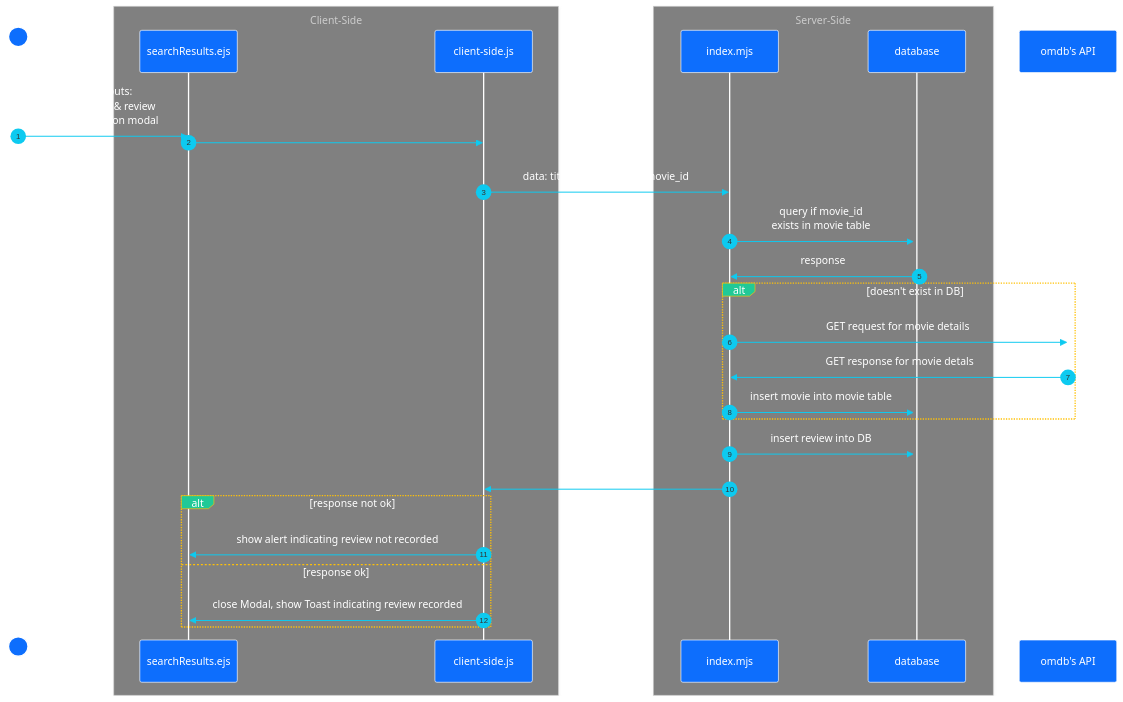
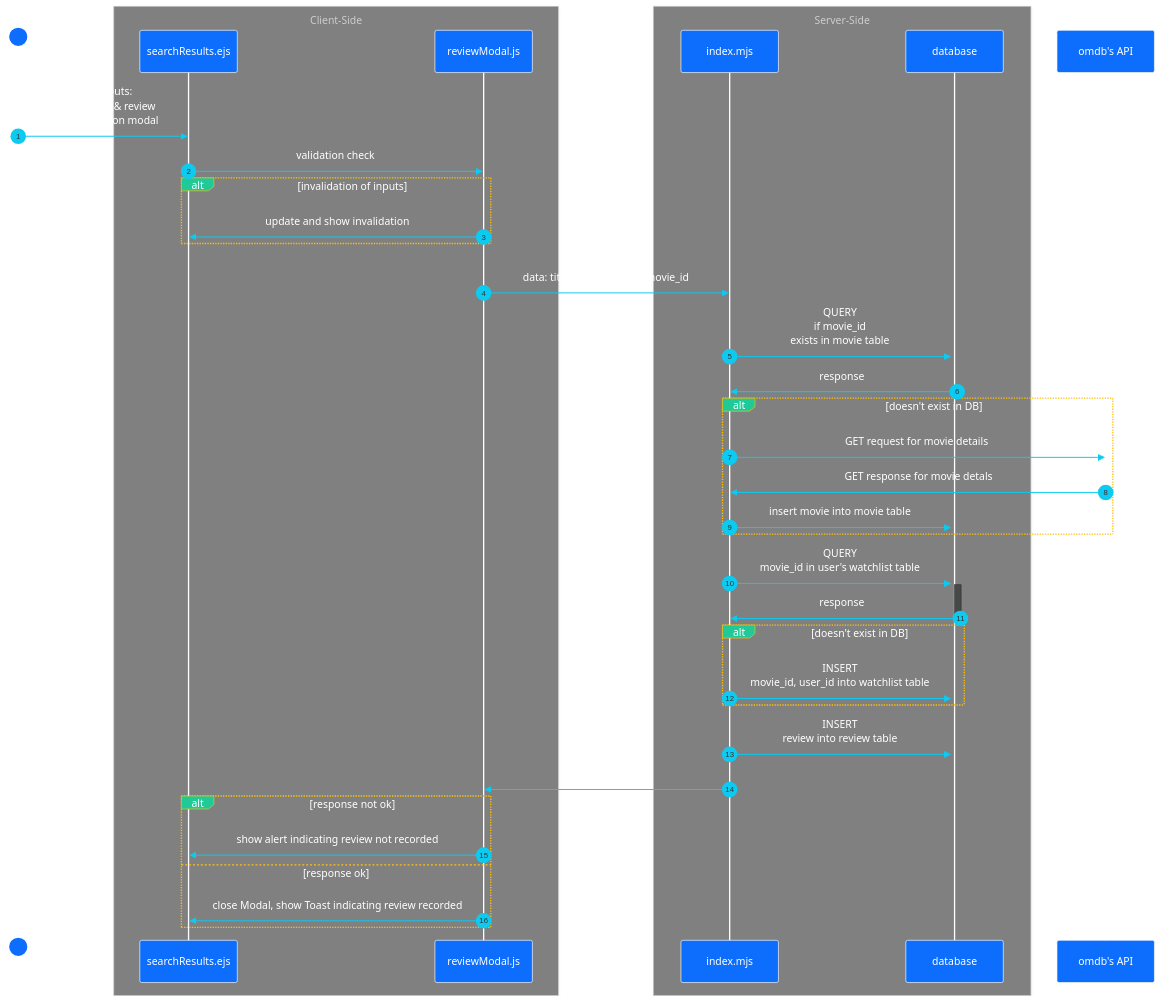
Before and after one commit to cTangonan123/rotten-potatoes: the fifth of 8 diagrams in docs/plan/diagrams/state.md, drawn with Mermaid. The commit also changed other lines of this file and 4 other files, not shown here.

````diff
--- a/docs/plan/diagrams/state.md
+++ b/docs/plan/diagrams/state.md
@@ -214,57 +214,66 @@
 ```mermaid
 ---
 config:
   theme: neo-dark
   themeVariables:
     actorBkg: "#0d6efd"
     actorBorder: white
     actorTextColor: white
     primaryColor: "#0d6efd"
     signalColor: "#0dcaf0"
     #sequenceNumberColor: "#0dcaf0"
     signalTextColor: white
     labelBoxBkgColor: "#20c997"
     labelBoxBorderColor: "#ffc107"
     labelTextColor: white
     loopTextColor: white   
 ---
 
 sequenceDiagram
   actor U as User
   #participant altV as movieDescription.ejs
   participant V as searchResults.ejs
-  participant cJS as client-side.js
+  participant cJS as reviewModal.js
   participant SS as index.mjs
   participant DB as database
   participant API as omdb's API
   autonumber
   U ->> V: User inputs:<br>title & rating & review<br>clicks submit on modal
-  V->>cJS: 
+  V->>cJS: validation check
+  alt invalidation of inputs
+    cJS->>V: update and show invalidation
+  end
   cJS ->> SS: POST Request<br>data: title, rating, review, movie_id
-  SS ->>+ DB: query if movie_id<br> exists in movie table
+  SS ->>+ DB: QUERY<br> if movie_id<br> exists in movie table
   DB ->> SS: response
   alt doesn't exist in DB
     SS->>API: GET request for movie details
     API->>SS: GET response for movie detals
     SS->>DB: insert movie into movie table
   end
-  SS->>DB: insert review into DB
+  SS ->>+ DB: QUERY<br>movie_id in user's watchlist table
+  DB ->>- SS: response
+  alt doesn't exist in DB
+    SS ->> DB: INSERT<br>movie_id, user_id into watchlist table
+    
+  end
+  SS->>DB: INSERT<br> review into review table
   SS->>cJS: POST Response
   alt response not ok
     cJS->>V: show alert indicating review not recorded
   else response ok
     cJS->>V: close Modal, show Toast indicating review recorded
   end
 
   links SS: {"Dashboard": "https://dashboard.contoso.com/alice", "document": "/index.mjs"}
 
   box grey Client-Side
     #participant altV
     participant V
     participant cJS
   end
   box grey Server-Side
     participant SS
     participant DB
   end
 ```
````
